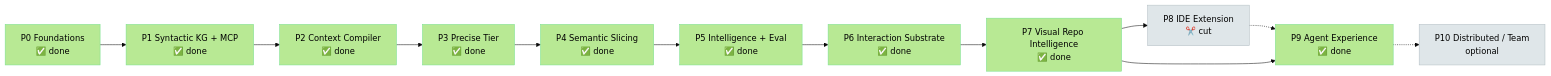
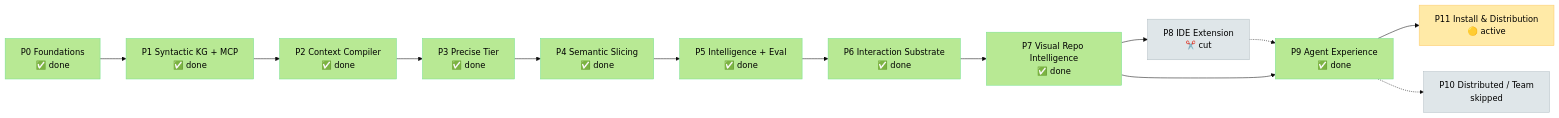
Before and after one commit to Md-Jazbee/prism: the first of 3 diagrams in docs/planning/TASKS-AND-PROGRESS.md, drawn with Mermaid (base theme). The commit also changed other lines of this file and 14 other files, not shown here.

First line of the commit message:
Start Phase 11 install and distribution for any system.

````diff
--- a/docs/planning/TASKS-AND-PROGRESS.md
+++ b/docs/planning/TASKS-AND-PROGRESS.md
@@ -33,26 +36,28 @@
 ```mermaid
 flowchart LR
     P0[P0 Foundations<br/>✅ done] --> P1[P1 Syntactic KG + MCP<br/>✅ done]
     P1 --> P2[P2 Context Compiler<br/>✅ done]
     P2 --> P3[P3 Precise Tier<br/>✅ done]
     P3 --> P4[P4 Semantic Slicing<br/>✅ done]
     P4 --> P5[P5 Intelligence + Eval<br/>✅ done]
     P5 --> P6[P6 Interaction Substrate<br/>✅ done]
     P6 --> P7[P7 Visual Repo Intelligence<br/>✅ done]
     P7 --> P8[P8 IDE Extension<br/>✂️ cut]
     P8 -.-> P9[P9 Agent Experience<br/>✅ done]
     P7 --> P9
-    P9 -.-> P10[P10 Distributed / Team<br/>optional]
+    P9 --> P11[P11 Install & Distribution<br/>🟡 active]
+    P9 -.-> P10[P10 Distributed / Team<br/>skipped]
 
     style P0 fill:#b8e994,stroke:#78e08f,color:#000
     style P1 fill:#b8e994,stroke:#78e08f,color:#000
     style P2 fill:#b8e994,stroke:#78e08f,color:#000
     style P3 fill:#b8e994,stroke:#78e08f,color:#000
     style P4 fill:#b8e994,stroke:#78e08f,color:#000
     style P5 fill:#b8e994,stroke:#78e08f,color:#000
     style P6 fill:#b8e994,stroke:#78e08f,color:#000
     style P7 fill:#b8e994,stroke:#78e08f,color:#000
     style P8 fill:#dfe6e9,stroke:#b2bec3,color:#000
     style P9 fill:#b8e994,stroke:#78e08f,color:#000
     style P10 fill:#dfe6e9,stroke:#b2bec3,color:#000
+    style P11 fill:#ffeaa7,stroke:#fdcb6e,color:#000
 ```
````
